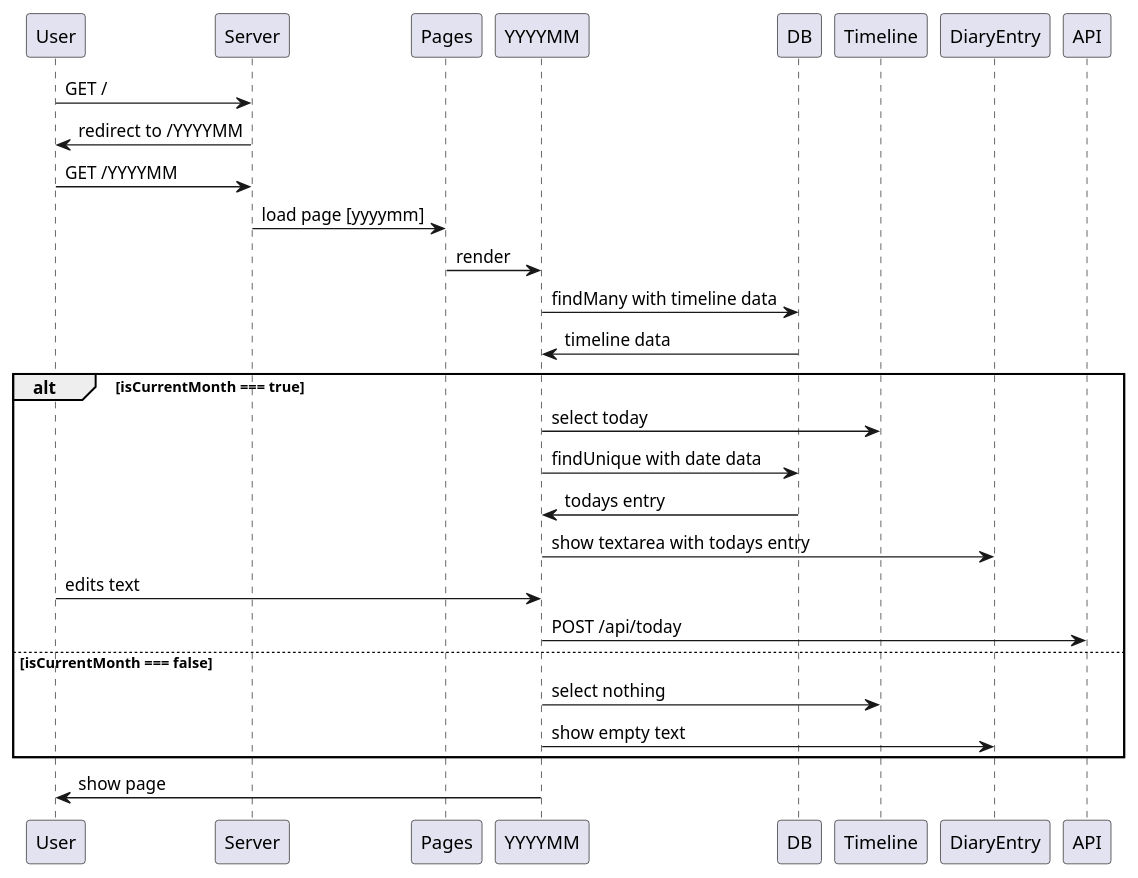
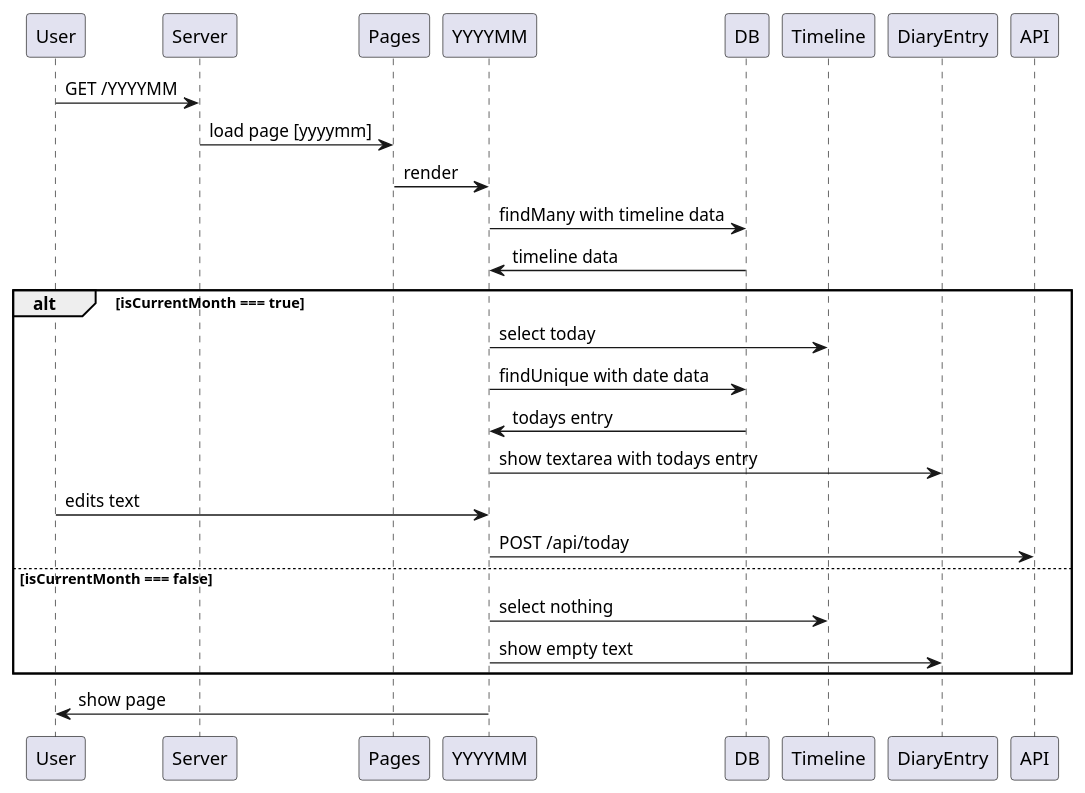
Before and after one commit to alterfo/wordly-next: the second of 3 diagrams in api.puml, drawn with PlantUML. The commit also changed other lines of this file and 17 other files, not shown here.

```diff
--- a/api.puml
+++ b/api.puml
@@ -1,26 +9,23 @@
 @startuml
 'https://plantuml.com/sequence-diagram
-
-User -> Server: GET /
-Server -> User: redirect to /YYYYMM
 
 User -> Server: GET /YYYYMM
 Server -> Pages: load page [yyyymm]
 Pages -> YYYYMM: render
 YYYYMM -> DB: findMany with timeline data
 DB -> YYYYMM: timeline data
 
 alt isCurrentMonth === true
     YYYYMM -> Timeline: select today
     YYYYMM -> DB: findUnique with date data
     DB -> YYYYMM: todays entry
     YYYYMM -> DiaryEntry: show textarea with todays entry
     User -> YYYYMM: edits text
     YYYYMM -> API: POST /api/today
 else isCurrentMonth === false
     YYYYMM -> Timeline: select nothing
     YYYYMM -> DiaryEntry: show empty text
 end
 
 YYYYMM -> User: show page
 @enduml
```
